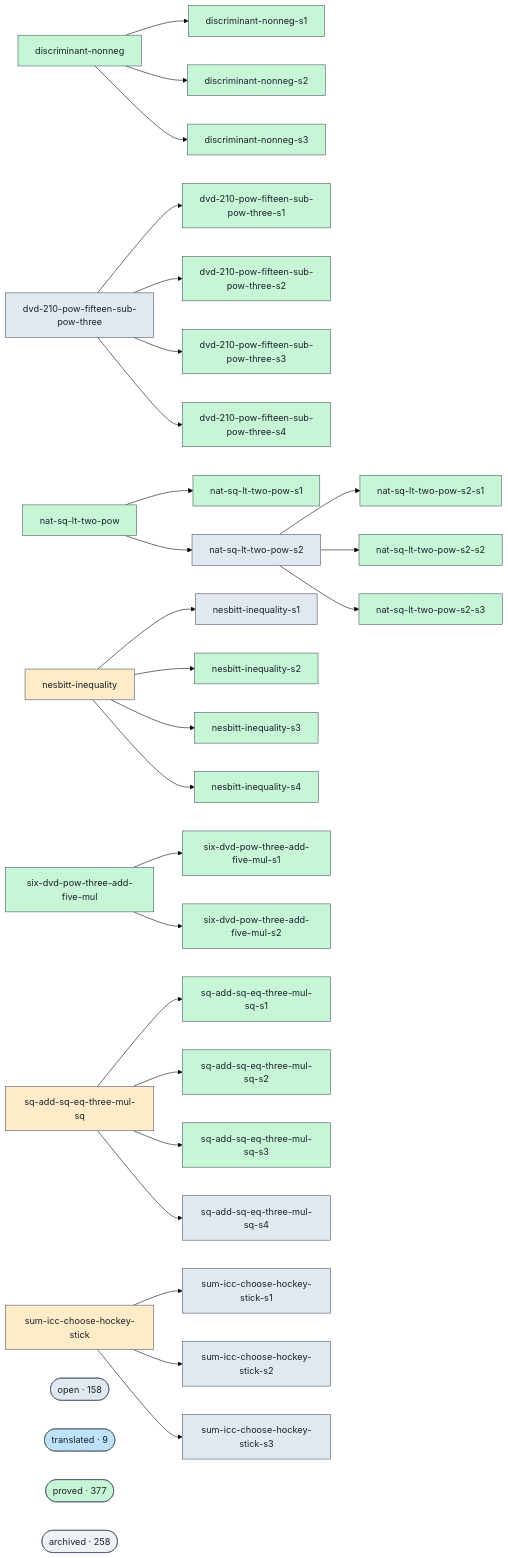
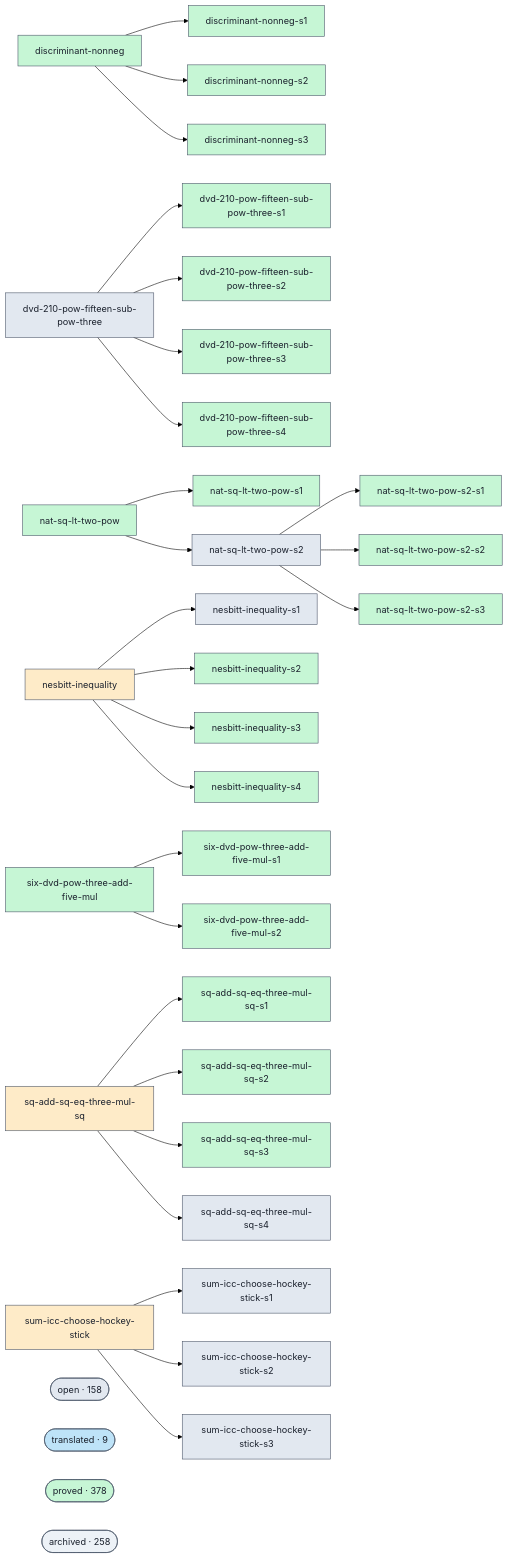
Before and after one commit to ohdearquant/unsorry: the diagram in docs/proofs-contributors-visualisation.md, drawn with Mermaid (forest theme). The commit also changed other lines of this file and 2 other files, not shown here.

```diff
--- a/docs/proofs-contributors-visualisation.md
+++ b/docs/proofs-contributors-visualisation.md
@@ -147,7 +147,7 @@
   class cluster_open open;
   cluster_translated(["translated · 9"])
   class cluster_translated translated;
-  cluster_proved(["proved · 377"])
+  cluster_proved(["proved · 378"])
   class cluster_proved proved;
   cluster_archived(["archived · 258"])
   class cluster_archived unknown;
```
